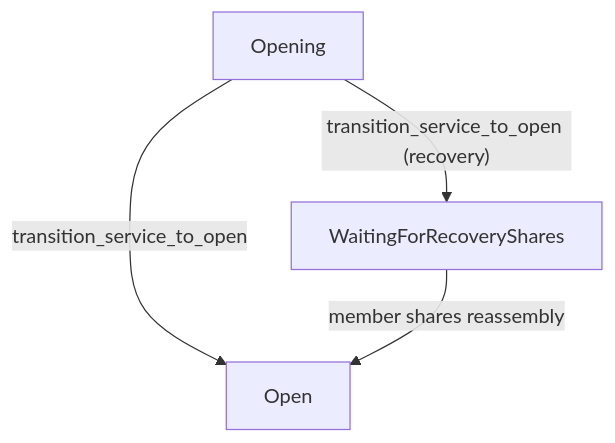
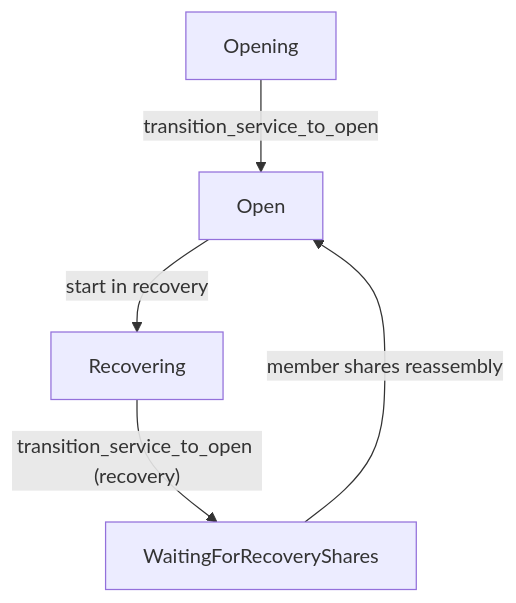
Before and after one commit to microsoft/CCF: the diagram in doc/audit/builtin_maps.rst, drawn with Mermaid. The commit also changed 4 other files, not shown here.

```diff
--- a/doc/audit/builtin_maps.rst
+++ b/doc/audit/builtin_maps.rst
@@ -156,6 +156,7 @@
 .. mermaid::
 
     graph TB;
         Opening-- transition_service_to_open -->Open;
-        Opening-- "transition_service_to_open (recovery)"-->WaitingForRecoveryShares;
+        Recovering-- "transition_service_to_open (recovery)"-->WaitingForRecoveryShares;
         WaitingForRecoveryShares -- member shares reassembly--> Open;
+        Open-- "start in recovery"-->Recovering;
```
